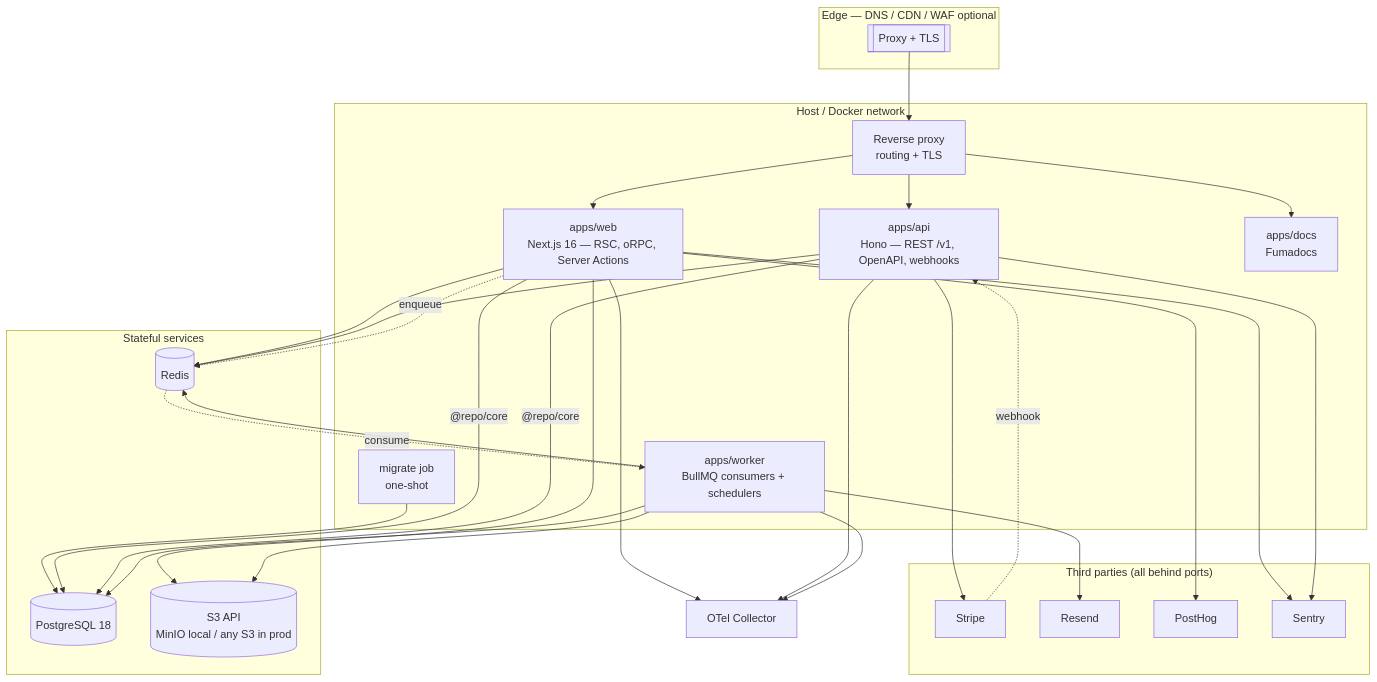
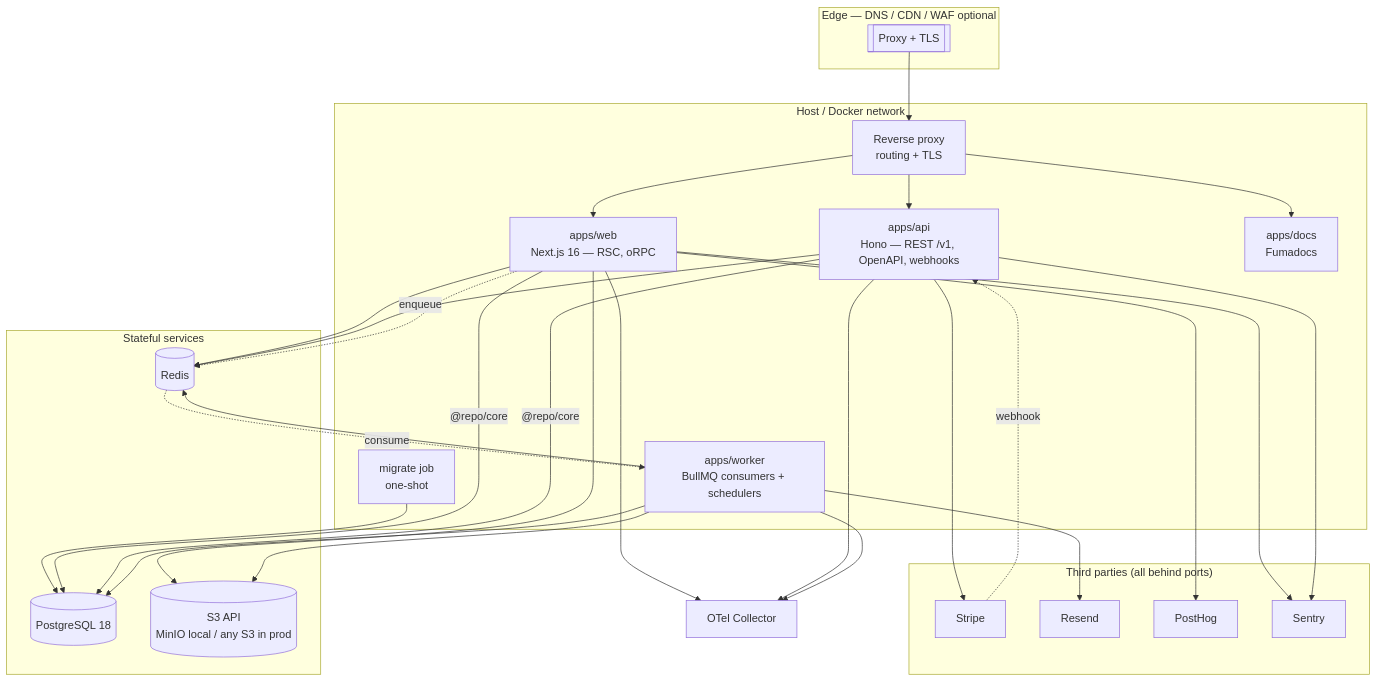
Before and after one commit to jleveneur/nextjs-boilerplate: the diagram in docs/architecture/README.md, drawn with Mermaid. The commit also changed other lines of this file and 32 other files, not shown here.

First line of the commit message:
docs(architecture): rewrite docs as the implemented system

````diff
--- a/docs/architecture/README.md
+++ b/docs/architecture/README.md
@@ -233,58 +231,58 @@
 ```mermaid
 flowchart TB
     subgraph edge["Edge — DNS / CDN / WAF optional"]
         CF[["Proxy + TLS"]]
     end
 
     subgraph host["Host / Docker network"]
         TR["Reverse proxy<br/>routing + TLS"]
-        WEB["apps/web<br/>Next.js 16 — RSC, oRPC, Server Actions"]
+        WEB["apps/web<br/>Next.js 16 — RSC, oRPC"]
         API["apps/api<br/>Hono — REST /v1, OpenAPI, webhooks"]
         WORKER["apps/worker<br/>BullMQ consumers + schedulers"]
         DOCS["apps/docs<br/>Fumadocs"]
         MIG["migrate job<br/>one-shot"]
     end
 
     subgraph data["Stateful services"]
         PG[("PostgreSQL 18")]
         RD[("Redis")]
         S3[("S3 API<br/>MinIO local / any S3 in prod")]
     end
 
     subgraph ext["Third parties (all behind ports)"]
         STR["Stripe"]
         RES["Resend"]
         PH["PostHog"]
         SEN["Sentry"]
     end
 
     CF --> TR
     TR --> WEB
     TR --> API
     TR --> DOCS
     MIG --> PG
 
     WEB -->|"@repo/core"| PG
     API -->|"@repo/core"| PG
     WORKER --> PG
     WEB --> RD
     API --> RD
     WORKER --> RD
     WEB --> S3
     WORKER --> S3
 
     WEB -.->|enqueue| RD
     RD -.->|consume| WORKER
 
     API --> STR
     STR -.->|webhook| API
     WORKER --> RES
     WEB --> PH
     WEB --> SEN
     API --> SEN
 
     OTEL["OTel Collector"]
     WEB --> OTEL
     API --> OTEL
     WORKER --> OTEL
 ```
````
